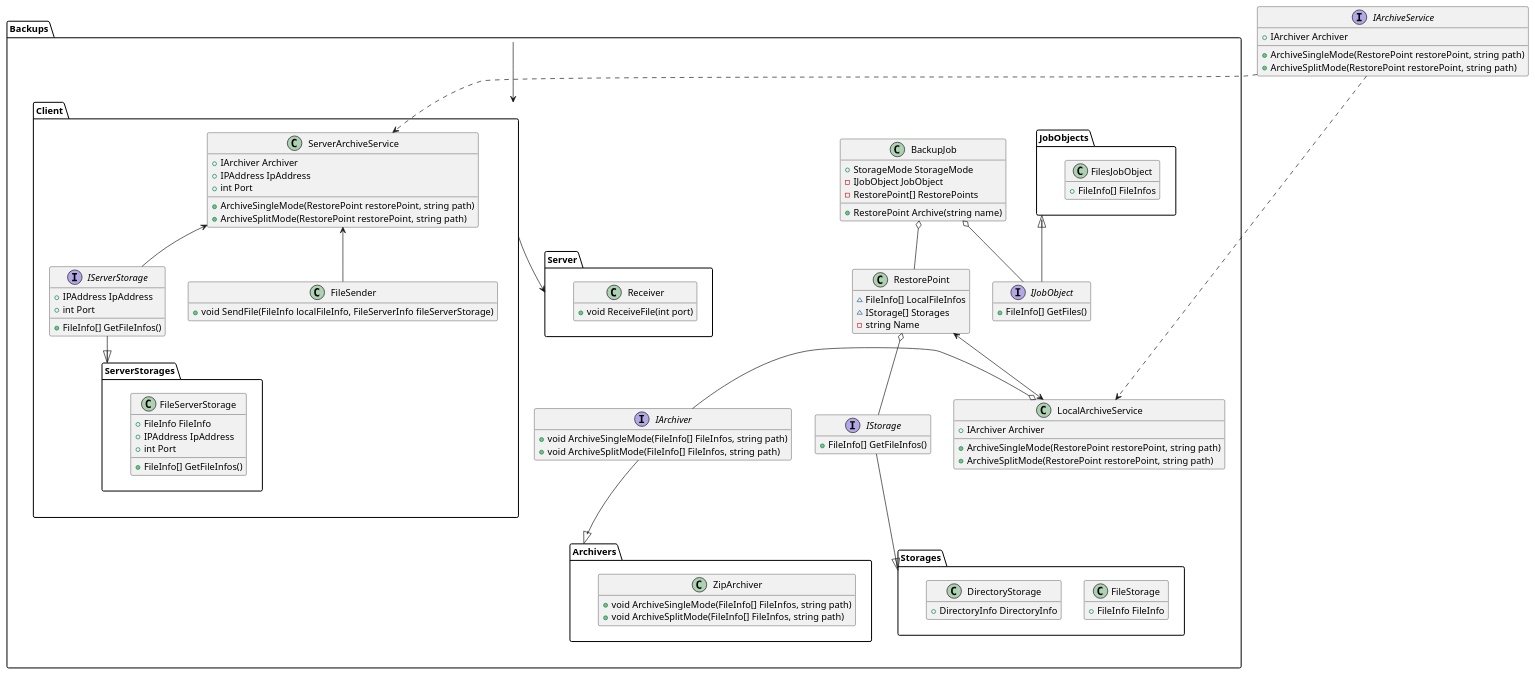
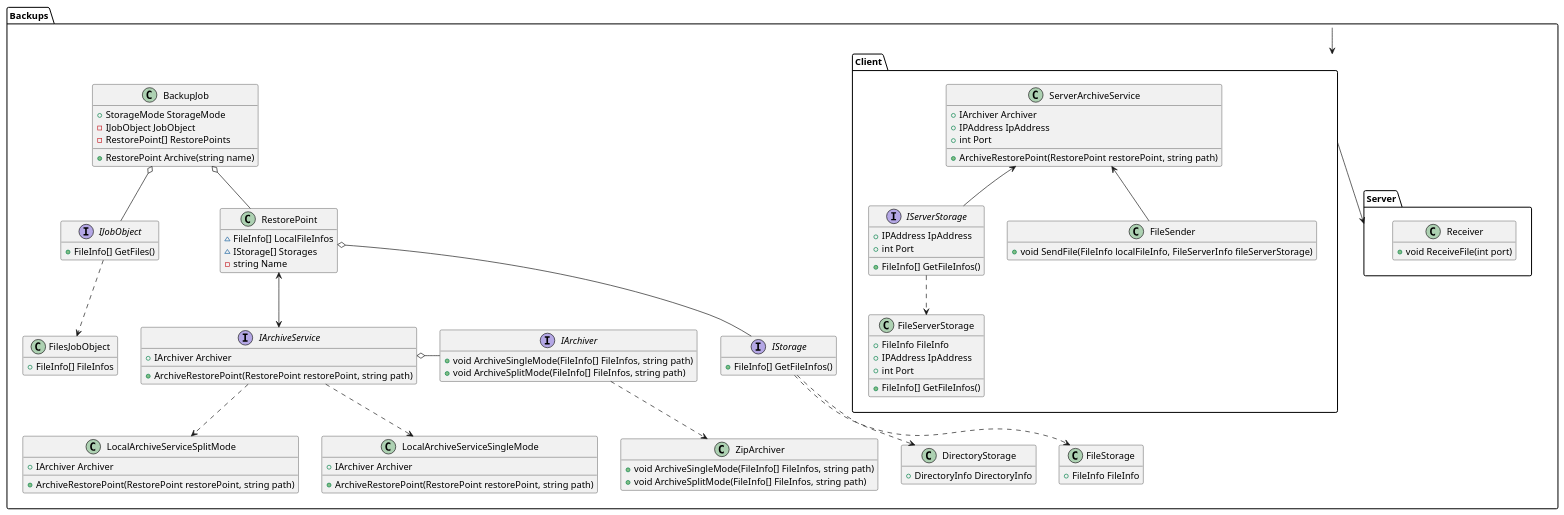
Before and after one commit to Ar4eR-ValerA/OOP.IIIsem: the diagram in Docs/Classes.puml, drawn with PlantUML.

Commit message:
docs: updates classes uml v5.0

```diff
--- a/Docs/Classes.puml
+++ b/Docs/Classes.puml
@@ -1,127 +1,124 @@
 @startuml
 
 hide empty members
 
 package Backups {
     class BackupJob {
         + StorageMode StorageMode
         - IJobObject JobObject
         - RestorePoint[] RestorePoints
         
         + RestorePoint Archive(string name)
     }
     
     interface IJobObject {
         + FileInfo[] GetFiles()
     }
     
-    package JobObjects {
-        class FilesJobObject {
-            + FileInfo[] FileInfos
-        }
+
+    class FilesJobObject {
+        + FileInfo[] FileInfos
     }
     
     class RestorePoint {
         ~ FileInfo[] LocalFileInfos
         ~ IStorage[] Storages
         - string Name
     }
     
     interface IStorage {
         + FileInfo[] GetFileInfos()
     }
     
-    package Archivers {
-        class ZipArchiver {
-            + void ArchiveSingleMode(FileInfo[] FileInfos, string path)
-            + void ArchiveSplitMode(FileInfo[] FileInfos, string path)
-        }
+    interface IArchiveService {
+        + IArchiver Archiver
+        
+        + ArchiveRestorePoint(RestorePoint restorePoint, string path)
+    }
+    
+    class ZipArchiver {
+        + void ArchiveSingleMode(FileInfo[] FileInfos, string path)
+        + void ArchiveSplitMode(FileInfo[] FileInfos, string path)
     }
     
     interface IArchiver {
         + void ArchiveSingleMode(FileInfo[] FileInfos, string path)
         + void ArchiveSplitMode(FileInfo[] FileInfos, string path)
     }
     
-    class LocalArchiveService {
+    class LocalArchiveServiceSingleMode {
         + IArchiver Archiver
         
-        + ArchiveSingleMode(RestorePoint restorePoint, string path)
-        + ArchiveSplitMode(RestorePoint restorePoint, string path)
+        + ArchiveRestorePoint(RestorePoint restorePoint, string path)
     }
     
-    package Storages {
-        class FileStorage {
-            + FileInfo FileInfo
+    class LocalArchiveServiceSplitMode {
+            + IArchiver Archiver
+            
+            + ArchiveRestorePoint(RestorePoint restorePoint, string path)
         }
-        
-        class DirectoryStorage {
-            + DirectoryInfo DirectoryInfo
-        }
+    
+    class FileStorage {
+        + FileInfo FileInfo
+    }
+    
+    class DirectoryStorage {
+        + DirectoryInfo DirectoryInfo
     }
 }
 
 package Backups.Client {
     class ServerArchiveService {
         + IArchiver Archiver
         + IPAddress IpAddress
         + int Port
                 
-        + ArchiveSingleMode(RestorePoint restorePoint, string path)
-        + ArchiveSplitMode(RestorePoint restorePoint, string path)
+        + ArchiveRestorePoint(RestorePoint restorePoint, string path)
     }
     
-    package ServerStorages {
-        class FileServerStorage {
-            + FileInfo FileInfo
-            + IPAddress IpAddress
-            + int Port
-            
-            + FileInfo[] GetFileInfos()
-        }
+    class FileServerStorage {
+        + FileInfo FileInfo
+        + IPAddress IpAddress
+        + int Port
+        
+        + FileInfo[] GetFileInfos()
     }
     
     interface IServerStorage {
         + FileInfo[] GetFileInfos()
         + IPAddress IpAddress
         + int Port
     }
     
     class FileSender {
         + void SendFile(FileInfo localFileInfo, FileServerInfo fileServerStorage)
     }
 }
 
 package Backups.Server {
     class Receiver {
         + void ReceiveFile(int port)
     }
 }
 
-interface IArchiveService {
-    + IArchiver Archiver
-    
-    + ArchiveSingleMode(RestorePoint restorePoint, string path)
-    + ArchiveSplitMode(RestorePoint restorePoint, string path)
-}
-
 BackupJob o-- RestorePoint
 RestorePoint o-- IStorage
 BackupJob o-- IJobObject
-RestorePoint <--> LocalArchiveService
-JobObjects <|-- IJobObject
-IStorage --|> Storages
-IArchiver -o LocalArchiveService
-IArchiver --|> Archivers
+RestorePoint <--> IArchiveService
+IJobObject ..> FilesJobObject
+IStorage ..> FileStorage
+IStorage ..> DirectoryStorage
+IArchiver -o IArchiveService
+IArchiver ..> ZipArchiver
 Backups --> Backups.Client
 Backups.Client --> Backups.Server
 
 ServerArchiveService <-- IServerStorage
 ServerArchiveService <-- FileSender
-IServerStorage --|> ServerStorages
+IServerStorage ..> FileServerStorage
 
-IArchiveService ..> LocalArchiveService
-IArchiveService ..> ServerArchiveService
+IArchiveService ..> LocalArchiveServiceSingleMode
+IArchiveService ..> LocalArchiveServiceSplitMode
 
 
 @enduml
```
